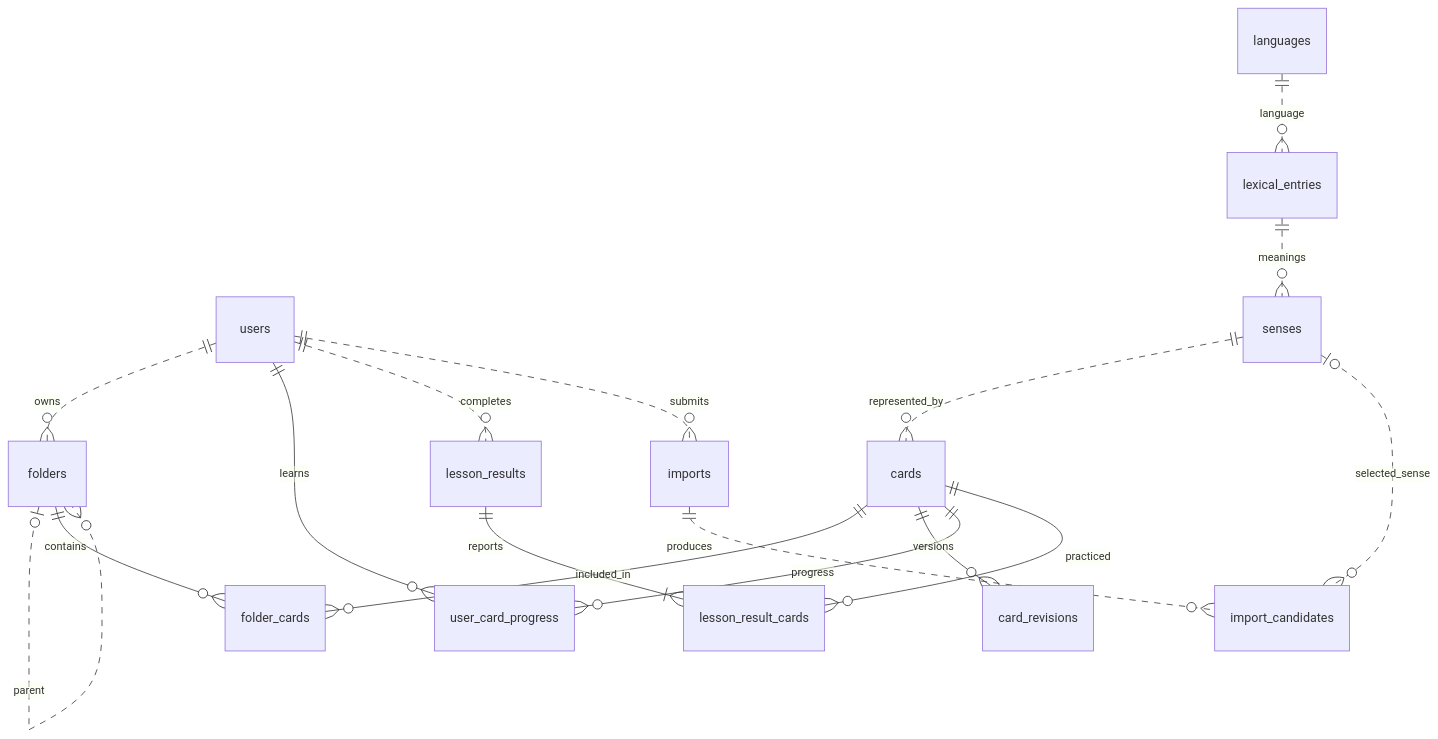
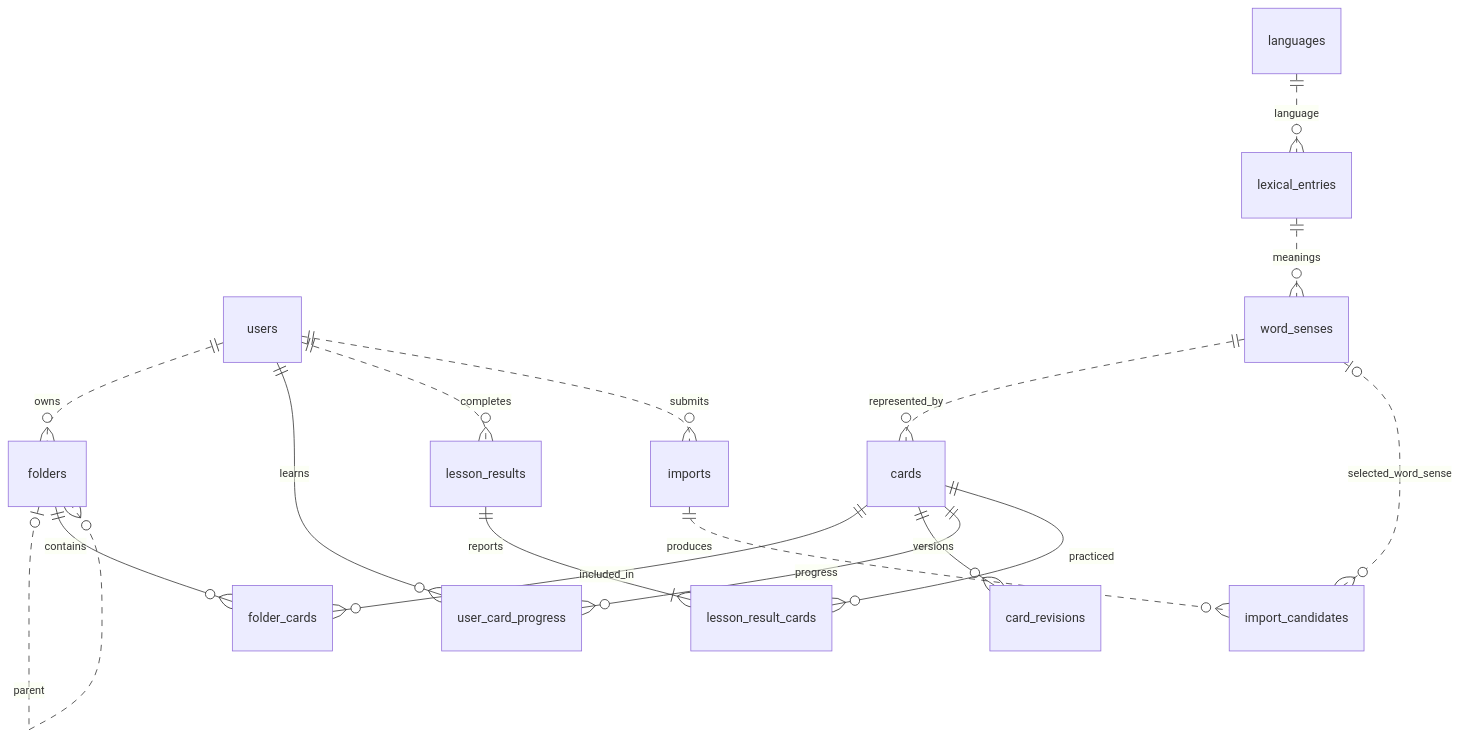
One commit to flairgc/kompotik changed the first of 9 diagrams in doc/database-er.md. Above: the diagram before and after it, drawn with Mermaid. The commit also changed other lines of this file and 7 other files, not shown here.

````diff
--- a/doc/database-er.md
+++ b/doc/database-er.md
@@ -20,33 +20,33 @@
 ```mermaid
 erDiagram
     users["users"]
     folders["folders"]
     folderCards["folder_cards"]
     languages["languages"]
     lexicalEntries["lexical_entries"]
-    senses["senses"]
+    word_senses["word_senses"]
     cards["cards"]
     cardRevisions["card_revisions"]
     userCardProgress["user_card_progress"]
     lessonResults["lesson_results"]
     lessonResultCards["lesson_result_cards"]
     imports["imports"]
     importCandidates["import_candidates"]
 
     users ||..o{ folders : owns
     folders |o..o{ folders : parent
     folders ||--o{ folderCards : contains
     cards ||--o{ folderCards : included_in
     languages ||..o{ lexicalEntries : language
-    lexicalEntries ||..o{ senses : meanings
-    senses ||..o{ cards : represented_by
+    lexicalEntries ||..o{ word_senses : meanings
+    word_senses ||..o{ cards : represented_by
     cards ||--o{ cardRevisions : versions
     users ||--o{ userCardProgress : learns
     cards ||--o{ userCardProgress : progress
     users ||..o{ lessonResults : completes
     lessonResults ||--|{ lessonResultCards : reports
     cards ||--o{ lessonResultCards : practiced
     users ||..o{ imports : submits
     imports ||..o{ importCandidates : produces
-    senses |o..o{ importCandidates : selected_sense
+    word_senses |o..o{ importCandidates : selected_word_sense
 ```
````
